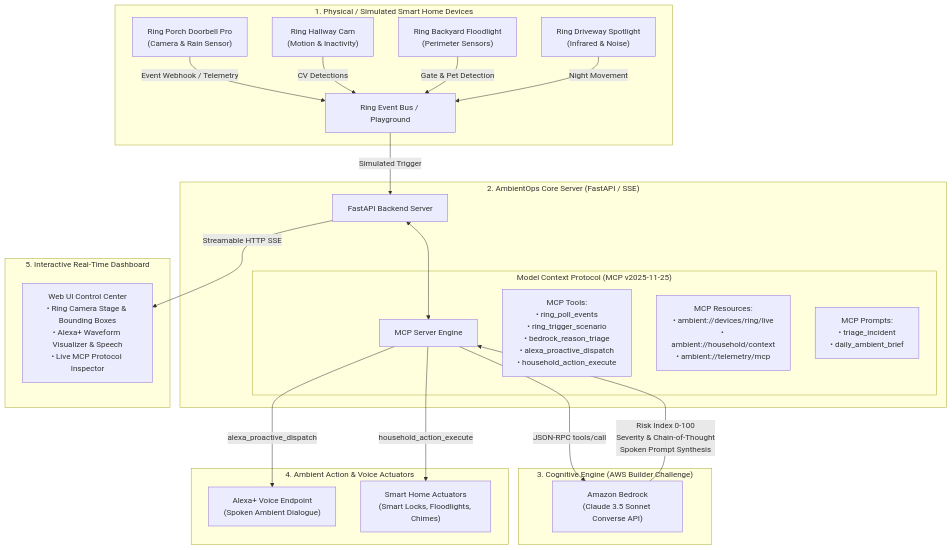
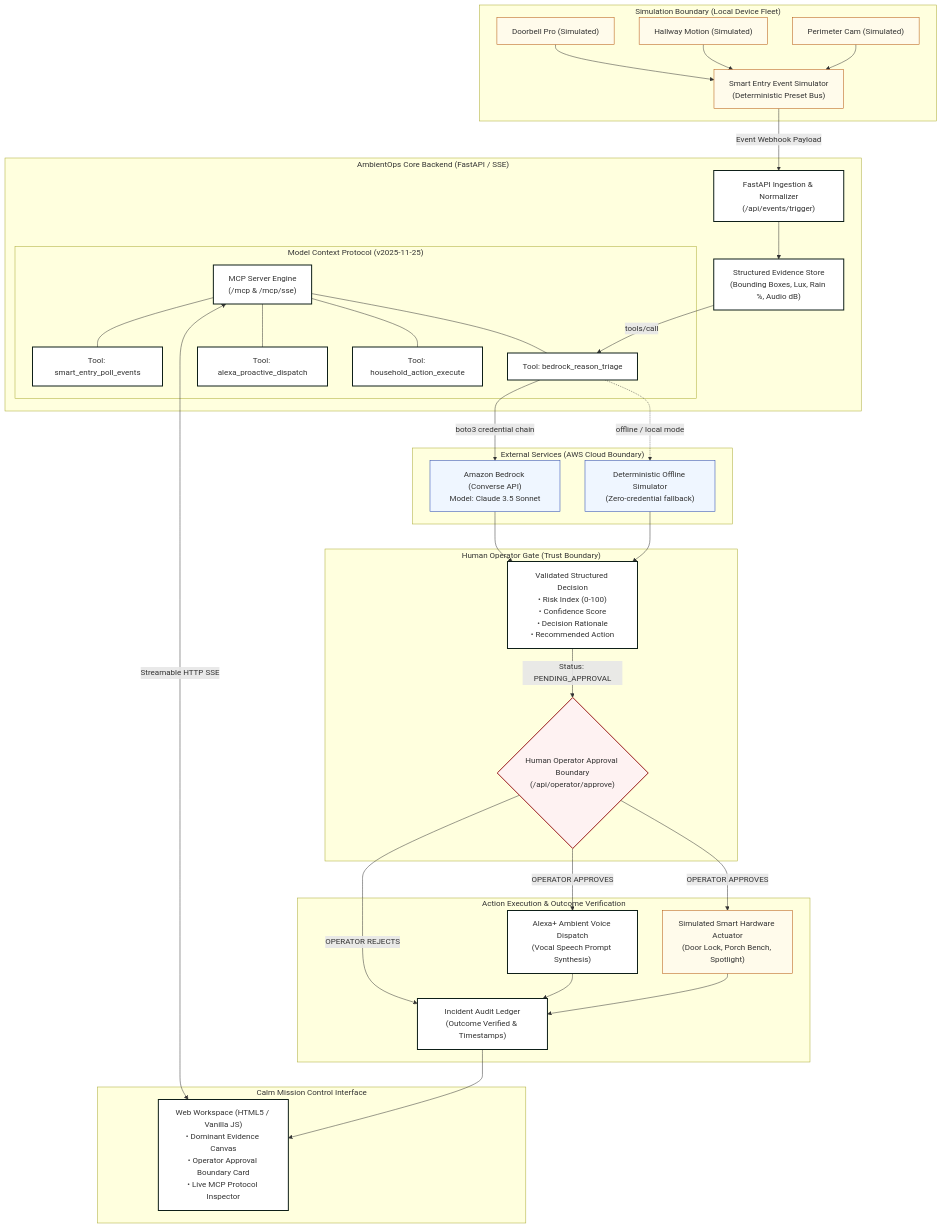
The diagram in README.md (abhijeetnardele24-hash/ambient-ops), drawn with Mermaid before and after one commit. The commit also changed other lines of this file and 45 other files, not shown here.

Commit message:
feat: complete Calm Mission Control UI, operator approval gate, MCP v2025-11-25 interop suite, and full hackathon documentation

````diff
--- a/README.md
+++ b/README.md
@@ -48,36 +62,72 @@
 ```mermaid
 graph TD
-    subgraph "1. Physical / Simulated Smart Home Devices"
-        R1["Ring Porch Doorbell Pro<br/>(Camera & Rain Sensor)"] -->|Event Webhook / Telemetry| BUS["Ring Event Bus / Playground"]
-        R2["Ring Hallway Cam<br/>(Motion & Inactivity)"] -->|CV Detections| BUS
-        R3["Ring Backyard Floodlight<br/>(Perimeter Sensors)"] -->|Gate & Pet Detection| BUS
-        R4["Ring Driveway Spotlight<br/>(Infrared & Noise)"] -->|Night Movement| BUS
+    classDef sim fill:#fffbeb,stroke:#b45309,stroke-width:1px;
+    classDef core fill:#ffffff,stroke:#0e1f18,stroke-width:2px;
+    classDef gate fill:#fef2f2,stroke:#991b1b,stroke-width:2px;
+    classDef ext fill:#eff6ff,stroke:#1e40af,stroke-width:1px;
+
+    subgraph SIM_BOUNDARY ["Simulation Boundary (Local Device Fleet)"]
+        D1["Doorbell Pro (Simulated)"]:::sim
+        D2["Hallway Motion (Simulated)"]:::sim
+        D3["Perimeter Cam (Simulated)"]:::sim
+        SIM_BUS["Smart Entry Event Simulator<br/>(Deterministic Preset Bus)"]:::sim
+        D1 --> SIM_BUS
+        D2 --> SIM_BUS
+        D3 --> SIM_BUS
     end
 
-    subgraph "2. AmbientOps Core Server (FastAPI / SSE)"
-        BUS -->|Simulated Trigger| SERVER["FastAPI Backend Server"]
+    subgraph TRUST_BOUNDARY ["AmbientOps Core Backend (FastAPI / SSE)"]
+        INGEST["FastAPI Ingestion & Normalizer<br/>(/api/events/trigger)"]:::core
+        SIM_BUS -->|Event Webhook Payload| INGEST
         
-        subgraph "Model Context Protocol (MCP v2025-11-25)"
-            MCP_S["MCP Server Engine"]
-            TOOLS["MCP Tools:<br/>• ring_poll_events<br/>• ring_trigger_scenario<br/>• bedrock_reason_triage<br/>• alexa_proactive_dispatch<br/>• household_action_execute"]
-            RES["MCP Resources:<br/>• ambient://devices/ring/live<br/>• ambient://household/context<br/>• ambient://telemetry/mcp"]
-            PROMPTS["MCP Prompts:<br/>• triage_incident<br/>• daily_ambient_brief"]
+        EVID["Structured Evidence Store<br/>(Bounding Boxes, Lux, Rain %, Audio dB)"]:::core
+        INGEST --> EVID
+
+        subgraph MCP_CORE ["Model Context Protocol (v2025-11-25)"]
+            MCP_ENG["MCP Server Engine<br/>(/mcp & /mcp/sse)"]:::core
+            T_POLL["Tool: smart_entry_poll_events"]:::core
+            T_TRIAGE["Tool: bedrock_reason_triage"]:::core
+            T_DISPATCH["Tool: alexa_proactive_dispatch"]:::core
+            T_ACTION["Tool: household_action_execute"]:::core
+            MCP_ENG --- T_POLL
+            MCP_ENG --- T_TRIAGE
+            MCP_ENG --- T_DISPATCH
+            MCP_ENG --- T_ACTION
         end
-        
-        SERVER <--> MCP_S
+        EVID -->|tools/call| T_TRIAGE
     end
 
-    subgraph "3. Cognitive Engine (AWS Builder Challenge)"
-        MCP_S -->|JSON-RPC tools/call| BEDROCK["Amazon Bedrock<br/>(Claude 3.5 Sonnet Converse API)"]
-        BEDROCK -->|Risk Index 0-100<br/>Severity & Chain-of-Thought<br/>Spoken Prompt Synthesis| MCP_S
+    subgraph CLOUD_BOUNDARY ["External Services (AWS Cloud Boundary)"]
+        BEDROCK["Amazon Bedrock (Converse API)<br/>Model: Claude 3.5 Sonnet"]:::ext
+        EMULATOR["Deterministic Offline Simulator<br/>(Zero-credential fallback)"]:::ext
+        T_TRIAGE -->|boto3 credential chain| BEDROCK
+        T_TRIAGE -.->|offline / local mode| EMULATOR
     end
 
-    subgraph "4. Ambient Action & Voice Actuators"
-        MCP_S -->|alexa_proactive_dispatch| ALEXA["Alexa+ Voice Endpoint<br/>(Spoken Ambient Dialogue)"]
-        MCP_S -->|household_action_execute| HOME["Smart Home Actuators<br/>(Smart Locks, Floodlights, Chimes)"]
+    subgraph OPERATOR_GATE ["Human Operator Gate (Trust Boundary)"]
+        DECISION["Validated Structured Decision<br/>• Risk Index (0-100)<br/>• Confidence Score<br/>• Decision Rationale<br/>• Recommended Action"]:::core
+        BEDROCK --> DECISION
+        EMULATOR --> DECISION
+
+        GATE{"Human Operator Approval Boundary<br/>(/api/operator/approve)"}:::gate
+        DECISION -->|Status: PENDING_APPROVAL| GATE
     end
 
-    subgraph "5. Interactive Real-Time Dashboard"
-        SERVER -->|Streamable HTTP SSE| UI["Web UI Control Center<br/>• Ring Camera Stage & Bounding Boxes<br/>• Alexa+ Waveform Visualizer & Speech<br/>• Live MCP Protocol Inspector"]
+    subgraph OUTCOME_STAGE ["Action Execution & Outcome Verification"]
+        DISPATCH_VOICE["Alexa+ Ambient Voice Dispatch<br/>(Vocal Speech Prompt Synthesis)"]:::core
+        EXEC_ACTION["Simulated Smart Hardware Actuator<br/>(Door Lock, Porch Bench, Spotlight)"]:::sim
+        AUDIT["Incident Audit Ledger<br/>(Outcome Verified & Timestamps)"]:::core
+
+        GATE -->|OPERATOR APPROVES| DISPATCH_VOICE
+        GATE -->|OPERATOR APPROVES| EXEC_ACTION
+        GATE -->|OPERATOR REJECTS| AUDIT
+        DISPATCH_VOICE --> AUDIT
+        EXEC_ACTION --> AUDIT
+    end
+
+    subgraph CLIENT_UI ["Calm Mission Control Interface"]
+        UI_WORKSPACE["Web Workspace (HTML5 / Vanilla JS)<br/>• Dominant Evidence Canvas<br/>• Operator Approval Boundary Card<br/>• Live MCP Protocol Inspector"]:::core
+        MCP_ENG <-->|Streamable HTTP SSE| UI_WORKSPACE
+        AUDIT --> UI_WORKSPACE
     end
 ```
````
